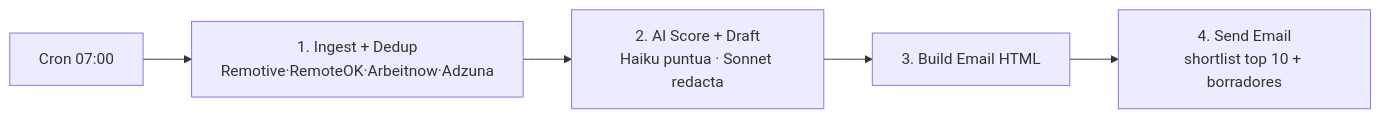
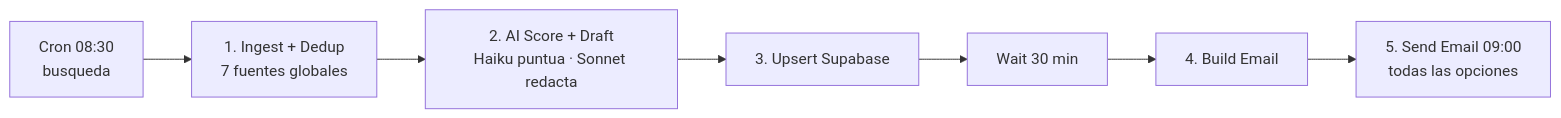
The diagram in agent/README_AGENTE.md (jorgeaguirre150-source/Freelance-Project-Jorge), drawn with Mermaid before and after one commit. The commit also changed other lines of this file and 2 other files, not shown here.

Commit message:
Schedule: search at 08:30, email report at 09:00 (Wait node) to CV email

````diff
--- a/agent/README_AGENTE.md
+++ b/agent/README_AGENTE.md
@@ -7,7 +7,9 @@
 ```mermaid
 flowchart LR
-    A[Cron 07:00] --> B[1. Ingest + Dedup<br/>Remotive·RemoteOK·Arbeitnow·Adzuna]
+    A[Cron 08:30<br/>busqueda] --> B[1. Ingest + Dedup<br/>7 fuentes globales]
     B --> C[2. AI Score + Draft<br/>Haiku puntua · Sonnet redacta]
-    C --> D[3. Build Email HTML]
-    D --> E[4. Send Email<br/>shortlist top 10 + borradores]
+    C --> S[3. Upsert Supabase]
+    S --> W[Wait 30 min]
+    W --> D[4. Build Email]
+    D --> E[5. Send Email 09:00<br/>todas las opciones]
 ```
````
